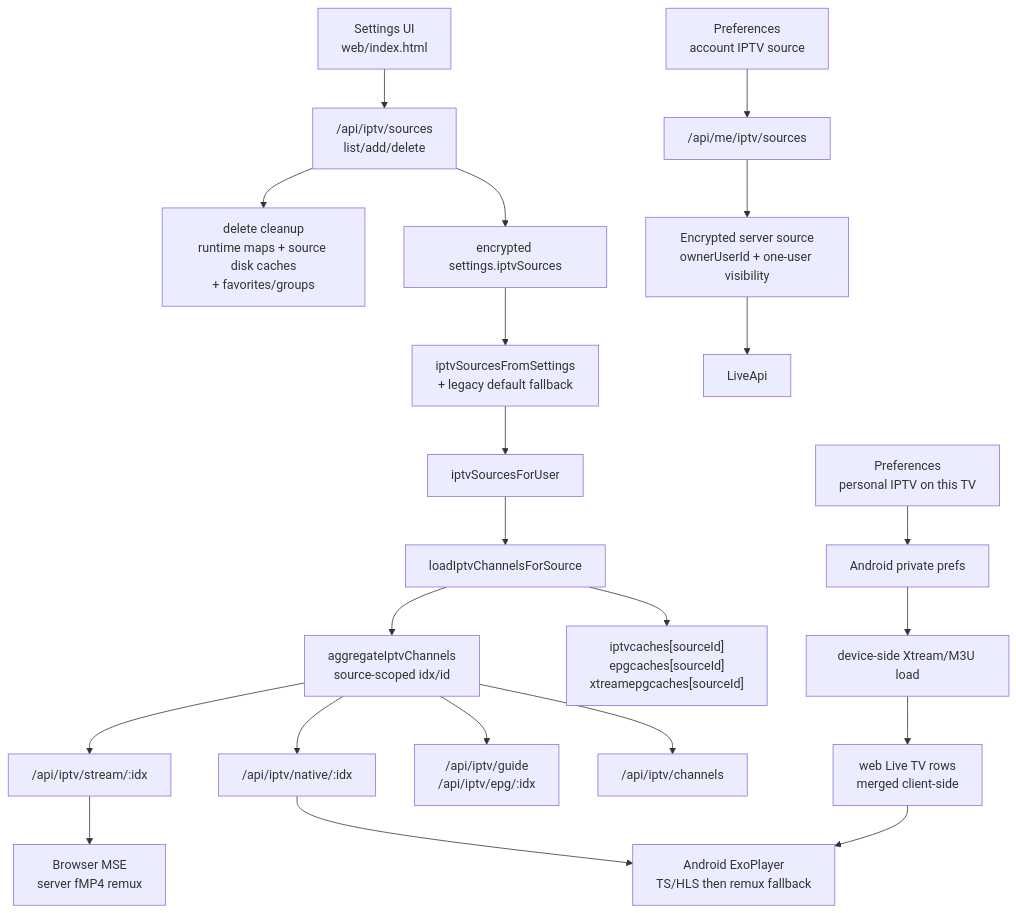
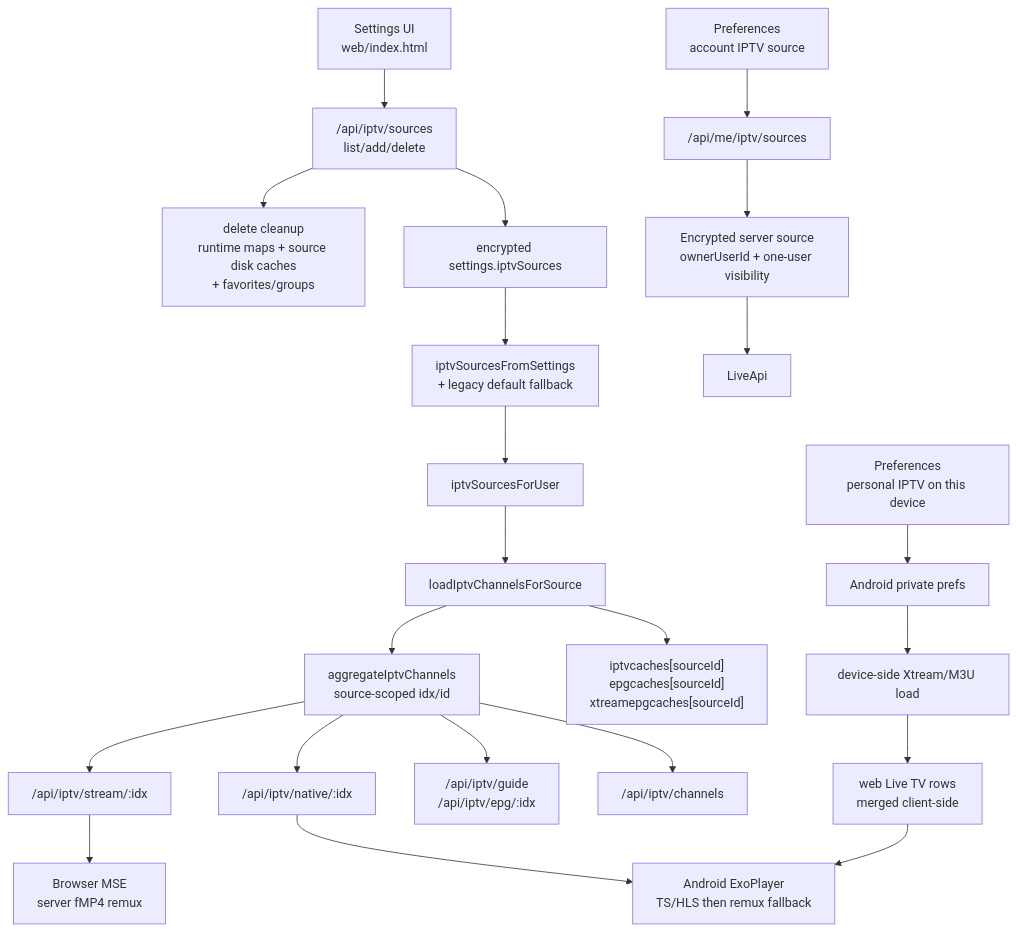
One commit to d1same/triboon changed the diagram in docs-player-regression-map.md. Above: the diagram before and after it, drawn with Mermaid. The commit also changed other lines of this file and 10 other files, not shown here.

````diff
--- a/docs-player-regression-map.md
+++ b/docs-player-regression-map.md
@@ -16,24 +16,24 @@
 ```mermaid
 flowchart TD
   Settings["Settings UI\nweb/index.html"] --> SourcesApi["/api/iptv/sources\nlist/add/delete"]
   SourcesApi --> EncSettings["encrypted settings.iptvSources"]
   EncSettings --> SourceResolver["iptvSourcesFromSettings\n+ legacy default fallback"]
   SourceResolver --> UserFilter["iptvSourcesForUser"]
   UserFilter --> PerSourceLoad["loadIptvChannelsForSource"]
   PerSourceLoad --> SourceCaches["iptvcaches[sourceId]\nepgcaches[sourceId]\nxtreamepgcaches[sourceId]"]
   PerSourceLoad --> Aggregate["aggregateIptvChannels\nsource-scoped idx/id"]
   Aggregate --> ChannelsApi["/api/iptv/channels"]
   Aggregate --> GuideApi["/api/iptv/guide\n/api/iptv/epg/:idx"]
   Aggregate --> NativeApi["/api/iptv/native/:idx"]
   Aggregate --> WebApi["/api/iptv/stream/:idx"]
   NativeApi --> Android["Android ExoPlayer\nTS/HLS then remux fallback"]
   WebApi --> Browser["Browser MSE\nserver fMP4 remux"]
   SourcesApi --> DeleteCleanup["delete cleanup\nruntime maps + source disk caches\n+ favorites/groups"]
   UserPrefs["Preferences\naccount IPTV source"] --> UserApi["/api/me/iptv/sources"]
   UserApi --> SharedSourceModel["Encrypted server source\nownerUserId + one-user visibility"]
   SharedSourceModel --> LiveApi
-  AndroidPrefs["Preferences\npersonal IPTV on this TV"] --> AndroidStore["Android private prefs"]
+  AndroidPrefs["Preferences\npersonal IPTV on this device"] --> AndroidStore["Android private prefs"]
   AndroidStore --> DeviceLoad["device-side Xtream/M3U load"]
   DeviceLoad --> LiveMerge["web Live TV rows\nmerged client-side"]
   LiveMerge --> Android
 ```
````
